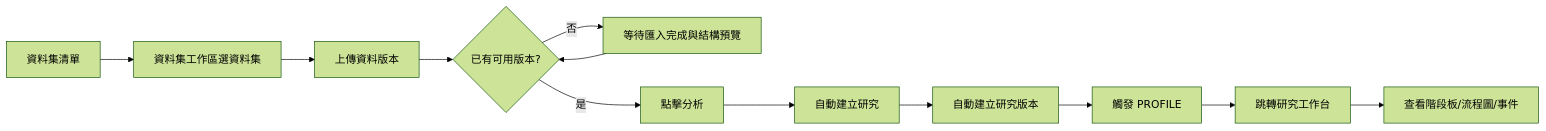
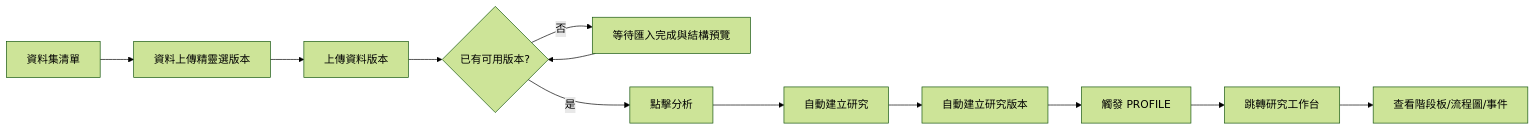
The first of 2 diagrams in docs/企劃案/08-前端UX/24-畫面線框與互動流程.md (lovenovel0618/AXIOM), drawn with Mermaid (forest theme) before and after one commit. The commit also changed other lines of this file and 21 other files, not shown here.

````diff
--- a/docs/企劃案/08-前端UX/24-畫面線框與互動流程.md
+++ b/docs/企劃案/08-前端UX/24-畫面線框與互動流程.md
@@ -29,14 +29,14 @@
 ```mermaid
 flowchart LR
- A0[資料集清單]-->A[資料集工作區選資料集]
+ A0[資料集清單]-->A[資料上傳精靈選版本]
  A-->B[上傳資料版本]
  B-->C{已有可用版本?}
  C--否-->D[等待匯入完成與結構預覽]
  D-->C
  C--是-->E[點擊分析]
  E-->F[自動建立研究]
  F-->G[自動建立研究版本]
  G-->H[觸發 PROFILE]
  H-->I[跳轉研究工作台]
  I-->J[查看階段板/流程圖/事件]
 ```
````
